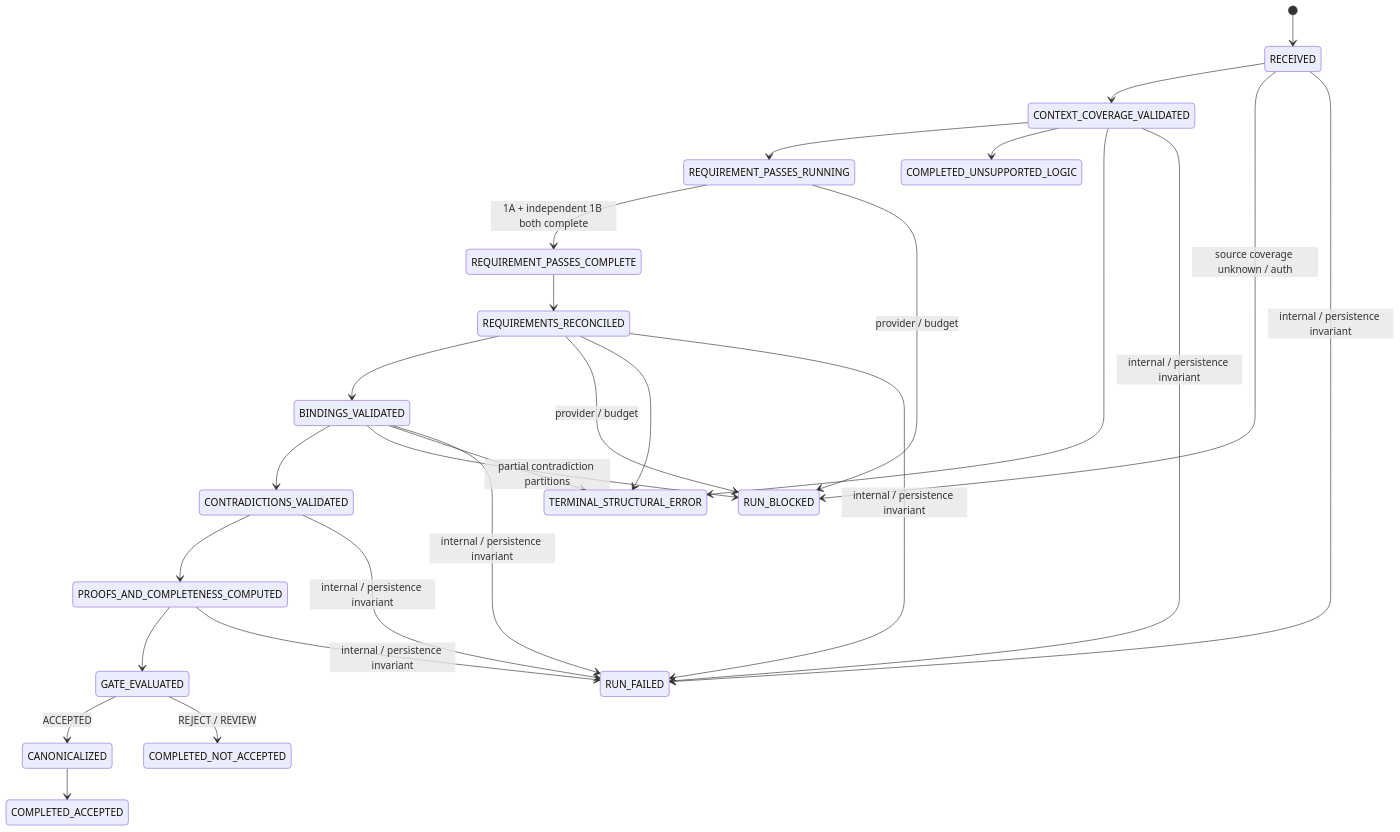
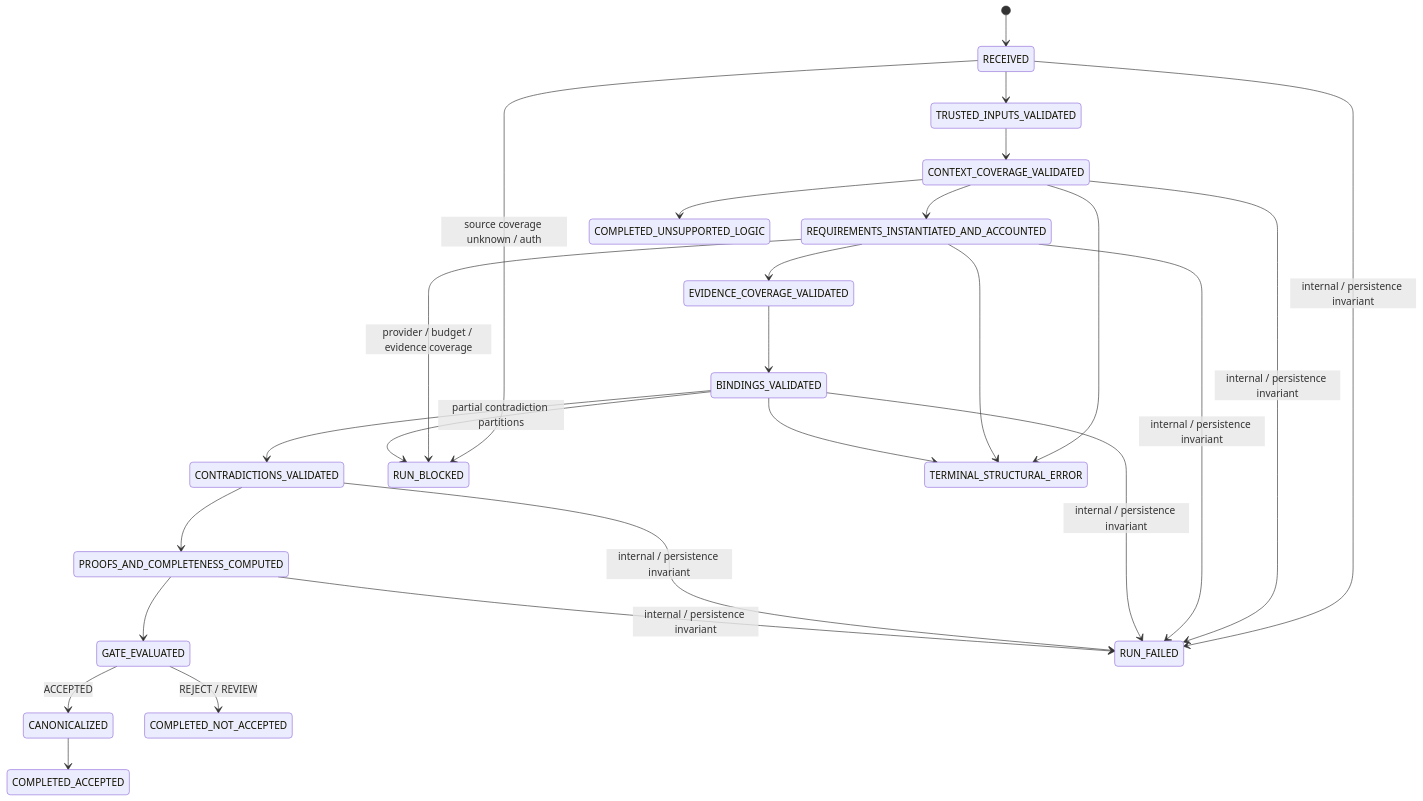
One commit to dabaitudiu/continuum changed the second of 2 diagrams in docs/continuum_module_01_semantic_dependency_compiler/02_ARCHITECTURE.md. Above: the diagram before and after it, drawn with Mermaid. The commit also changed other lines of this file and 18 other files, not shown here.

Commit message:
docs: revise option B architecture to revision 4

````diff
--- a/docs/continuum_module_01_semantic_dependency_compiler/02_ARCHITECTURE.md
+++ b/docs/continuum_module_01_semantic_dependency_compiler/02_ARCHITECTURE.md
@@ -103,30 +102,29 @@
 ```mermaid
 stateDiagram-v2
     [*] --> RECEIVED
-    RECEIVED --> CONTEXT_COVERAGE_VALIDATED
-    CONTEXT_COVERAGE_VALIDATED --> REQUIREMENT_PASSES_RUNNING
-    REQUIREMENT_PASSES_RUNNING --> REQUIREMENT_PASSES_COMPLETE: 1A + independent 1B both complete
-    REQUIREMENT_PASSES_COMPLETE --> REQUIREMENTS_RECONCILED
-    REQUIREMENTS_RECONCILED --> BINDINGS_VALIDATED
+    RECEIVED --> TRUSTED_INPUTS_VALIDATED
+    TRUSTED_INPUTS_VALIDATED --> CONTEXT_COVERAGE_VALIDATED
+    CONTEXT_COVERAGE_VALIDATED --> REQUIREMENTS_INSTANTIATED_AND_ACCOUNTED
+    REQUIREMENTS_INSTANTIATED_AND_ACCOUNTED --> EVIDENCE_COVERAGE_VALIDATED
+    EVIDENCE_COVERAGE_VALIDATED --> BINDINGS_VALIDATED
     BINDINGS_VALIDATED --> CONTRADICTIONS_VALIDATED
     CONTRADICTIONS_VALIDATED --> PROOFS_AND_COMPLETENESS_COMPUTED
     PROOFS_AND_COMPLETENESS_COMPUTED --> GATE_EVALUATED
     GATE_EVALUATED --> CANONICALIZED: ACCEPTED
     GATE_EVALUATED --> COMPLETED_NOT_ACCEPTED: REJECT / REVIEW
     CANONICALIZED --> COMPLETED_ACCEPTED
 
     RECEIVED --> RUN_BLOCKED: source coverage unknown / auth
-    REQUIREMENT_PASSES_RUNNING --> RUN_BLOCKED: provider / budget
-    REQUIREMENTS_RECONCILED --> RUN_BLOCKED: provider / budget
+    REQUIREMENTS_INSTANTIATED_AND_ACCOUNTED --> RUN_BLOCKED: provider / budget / evidence coverage
     BINDINGS_VALIDATED --> RUN_BLOCKED: partial contradiction partitions
     CONTEXT_COVERAGE_VALIDATED --> COMPLETED_UNSUPPORTED_LOGIC
     CONTEXT_COVERAGE_VALIDATED --> TERMINAL_STRUCTURAL_ERROR
-    REQUIREMENTS_RECONCILED --> TERMINAL_STRUCTURAL_ERROR
+    REQUIREMENTS_INSTANTIATED_AND_ACCOUNTED --> TERMINAL_STRUCTURAL_ERROR
     BINDINGS_VALIDATED --> TERMINAL_STRUCTURAL_ERROR
     RECEIVED --> RUN_FAILED: internal / persistence invariant
     CONTEXT_COVERAGE_VALIDATED --> RUN_FAILED: internal / persistence invariant
-    REQUIREMENTS_RECONCILED --> RUN_FAILED: internal / persistence invariant
+    REQUIREMENTS_INSTANTIATED_AND_ACCOUNTED --> RUN_FAILED: internal / persistence invariant
     BINDINGS_VALIDATED --> RUN_FAILED: internal / persistence invariant
     CONTRADICTIONS_VALIDATED --> RUN_FAILED: internal / persistence invariant
     PROOFS_AND_COMPLETENESS_COMPUTED --> RUN_FAILED: internal / persistence invariant
 ```
````
